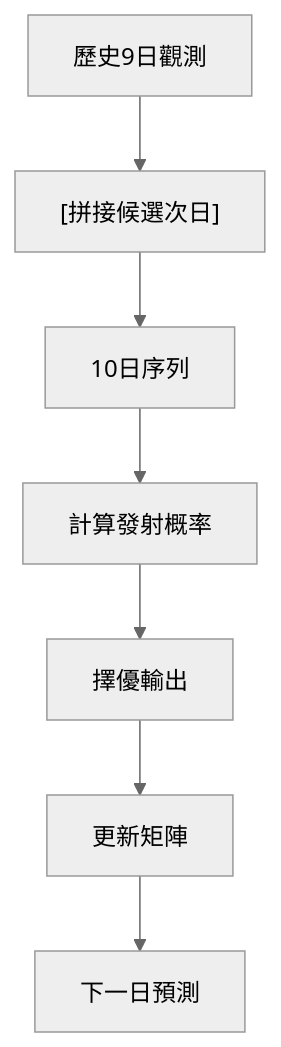
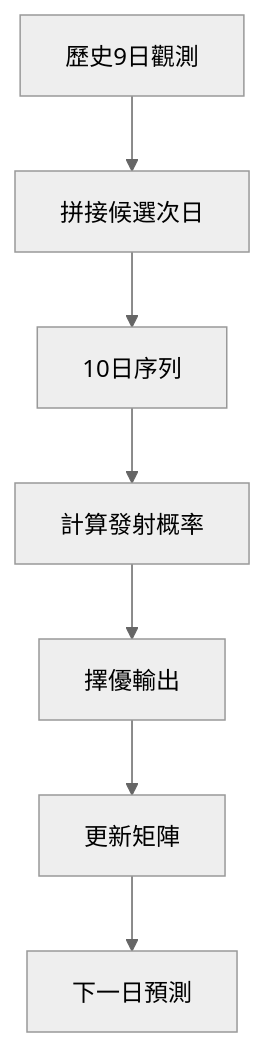
One commit to sou350121/Trading-Handbook changed the diagram in foundations/time-series-forecasting/gmm-hmm.md. Above: the diagram before and after it, drawn with Mermaid (neutral theme). The commit also changed other lines of this file and 191 other files, not shown here.

First line of the commit message:
render: fix math + mermaid for GitHub across the corpus (188 pages)

````diff
--- a/foundations/time-series-forecasting/gmm-hmm.md
+++ b/foundations/time-series-forecasting/gmm-hmm.md
@@ -33,9 +33,9 @@
 ```mermaid
 flowchart TD
-    A["歷史9日觀測"] --> B["[拼接候選次日]"]
-    B["[拼接候選次日]"] --> C["10日序列"]
+    A["歷史9日觀測"] --> B["拼接候選次日"]
+    B["拼接候選次日"] --> C["10日序列"]
     C["10日序列"] --> D["計算發射概率"]
     D["計算發射概率"] --> E["擇優輸出"]
     E["擇優輸出"] --> F["更新矩陣"]
     F["更新矩陣"] --> G["下一日預測"]
 ```
````
